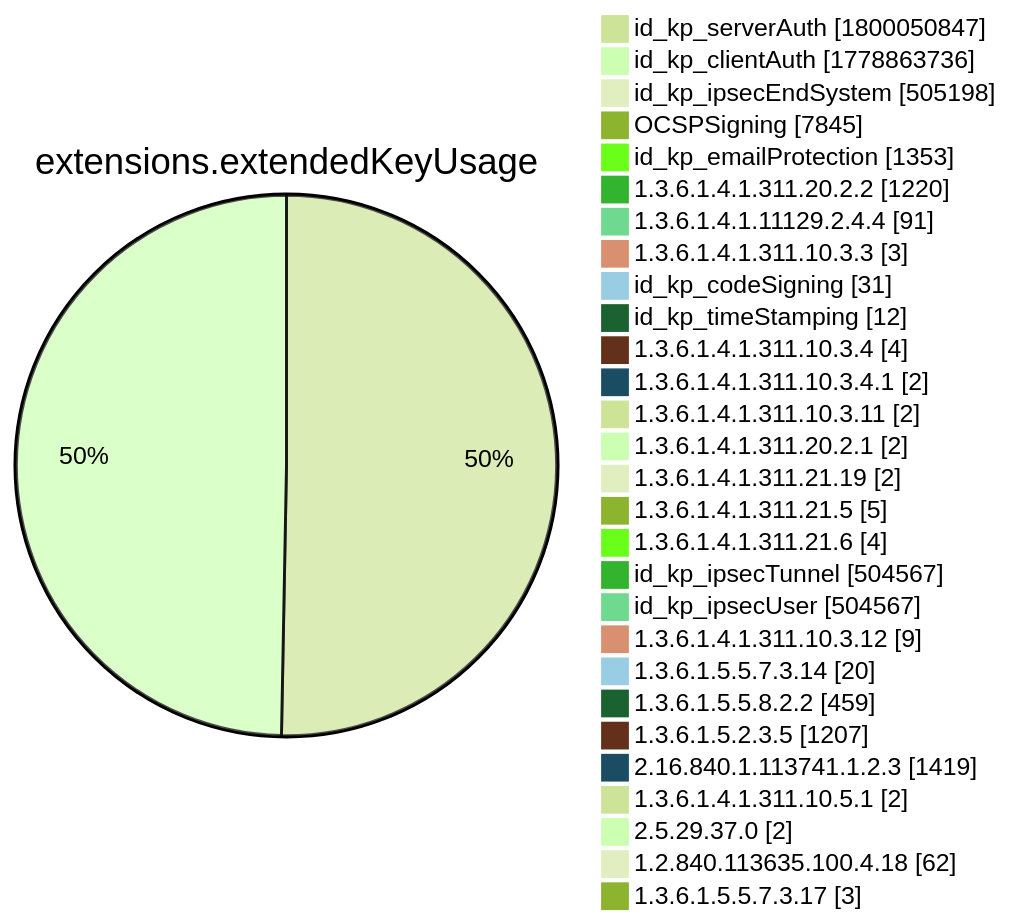
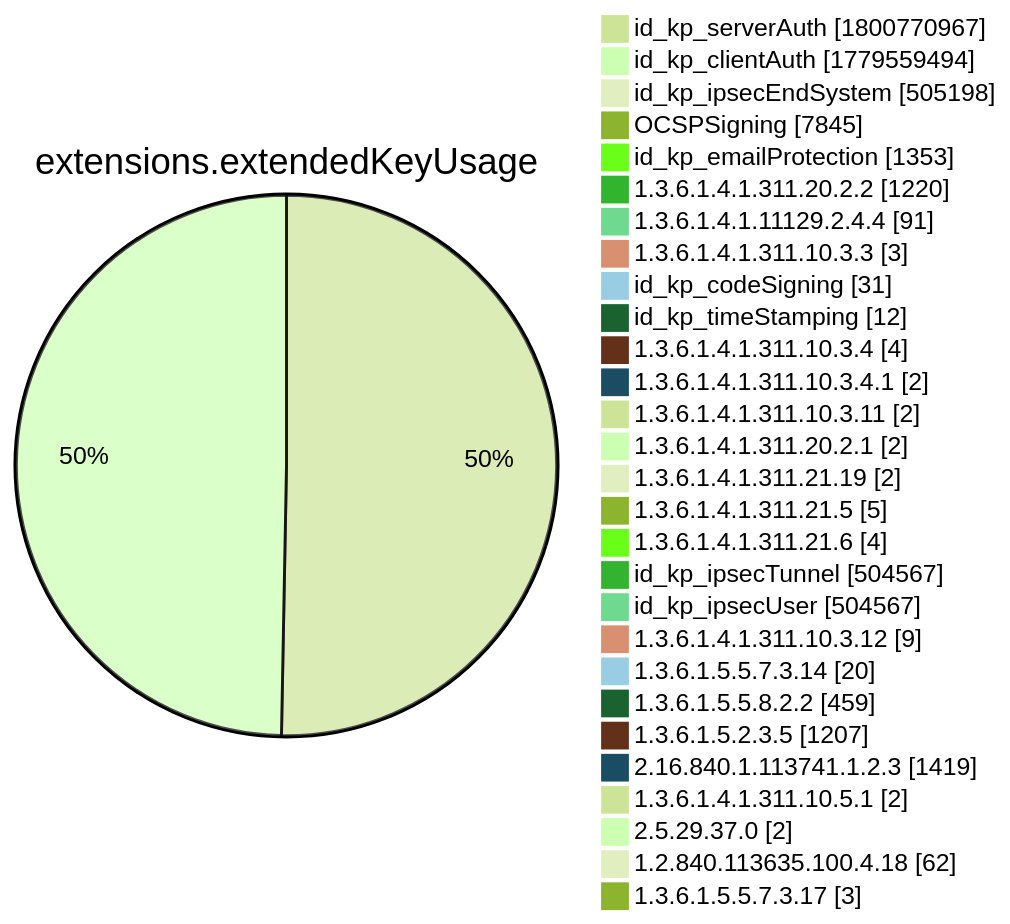
One commit to christiankrug/ctmonitor_visualization changed diagram 12 of 15 in xenon2022/README.md. Above: the diagram before and after it, drawn with Mermaid (forest theme). The commit also changed other lines of this file, not shown here.

````diff
--- a/xenon2022/README.md
+++ b/xenon2022/README.md
@@ -3895,32 +3895,32 @@
 ```mermaid
 pie showData
 title extensions.extendedKeyUsage
-"id_kp_serverAuth" :1800050847
-"id_kp_clientAuth" :1778863736
+"id_kp_serverAuth" :1800770967
+"id_kp_clientAuth" :1779559494
 "id_kp_ipsecEndSystem" :505198
 "OCSPSigning" :7845
 "id_kp_emailProtection" :1353
 "1.3.6.1.4.1.311.20.2.2" :1220
 "1.3.6.1.4.1.11129.2.4.4" :91
 "1.3.6.1.4.1.311.10.3.3" :3
 "id_kp_codeSigning" :31
 "id_kp_timeStamping" :12
 "1.3.6.1.4.1.311.10.3.4" :4
 "1.3.6.1.4.1.311.10.3.4.1" :2
 "1.3.6.1.4.1.311.10.3.11" :2
 "1.3.6.1.4.1.311.20.2.1" :2
 "1.3.6.1.4.1.311.21.19" :2
 "1.3.6.1.4.1.311.21.5" :5
 "1.3.6.1.4.1.311.21.6" :4
 "id_kp_ipsecTunnel" :504567
 "id_kp_ipsecUser" :504567
 "1.3.6.1.4.1.311.10.3.12" :9
 "1.3.6.1.5.5.7.3.14" :20
 "1.3.6.1.5.5.8.2.2" :459
 "1.3.6.1.5.2.3.5" :1207
 "2.16.840.1.113741.1.2.3" :1419
 "1.3.6.1.4.1.311.10.5.1" :2
 "2.5.29.37.0" :2
 "1.2.840.113635.100.4.18" :62
 "1.3.6.1.5.5.7.3.17" :3
 ```
````
